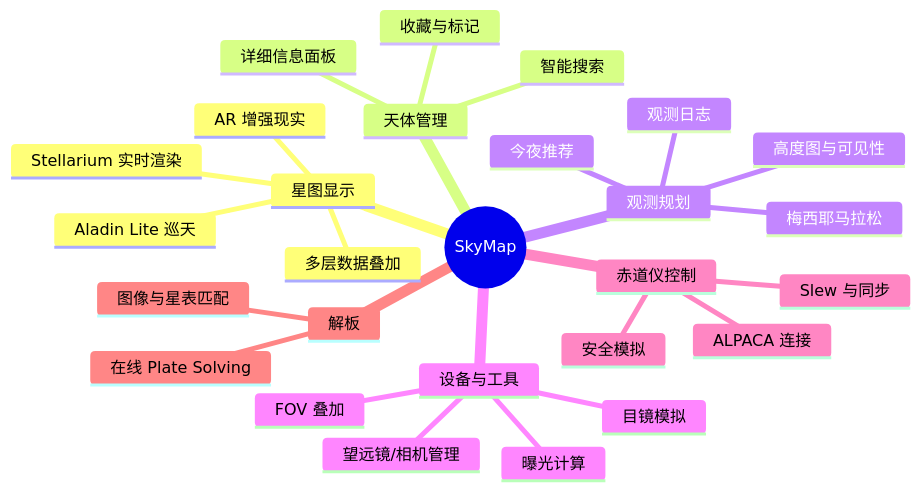
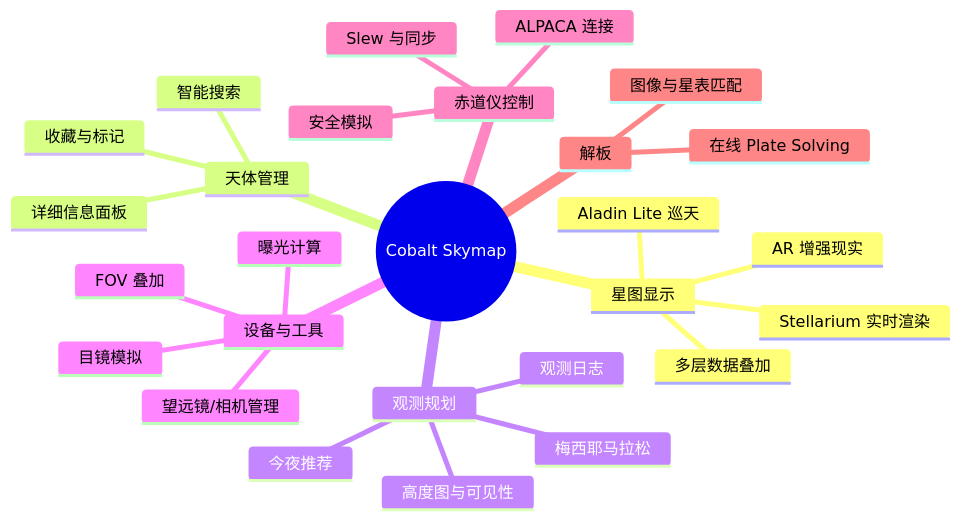
The diagram in docs/getting-started/quick-tour.md (MaxQian888/cobalt-skymap), drawn with Mermaid before and after one commit. The commit also changed other lines of this file and 83 other files, not shown here.

First line of the commit message:
docs: rebrand to Cobalt Skymap and refresh documentation

````diff
--- a/docs/getting-started/quick-tour.md
+++ b/docs/getting-started/quick-tour.md
@@ -25,30 +25,30 @@
 ```mermaid
 mindmap
-  root((SkyMap))
+  root((Cobalt Skymap))
     星图显示
       Stellarium 实时渲染
       Aladin Lite 巡天
       AR 增强现实
       多层数据叠加
     天体管理
       智能搜索
       详细信息面板
       收藏与标记
     观测规划
       今夜推荐
       高度图与可见性
       梅西耶马拉松
       观测日志
     设备与工具
       望远镜/相机管理
       FOV 叠加
       曝光计算
       目镜模拟
     赤道仪控制
       ALPACA 连接
       Slew 与同步
       安全模拟
     解板
       在线 Plate Solving
       图像与星表匹配
 ```
````
